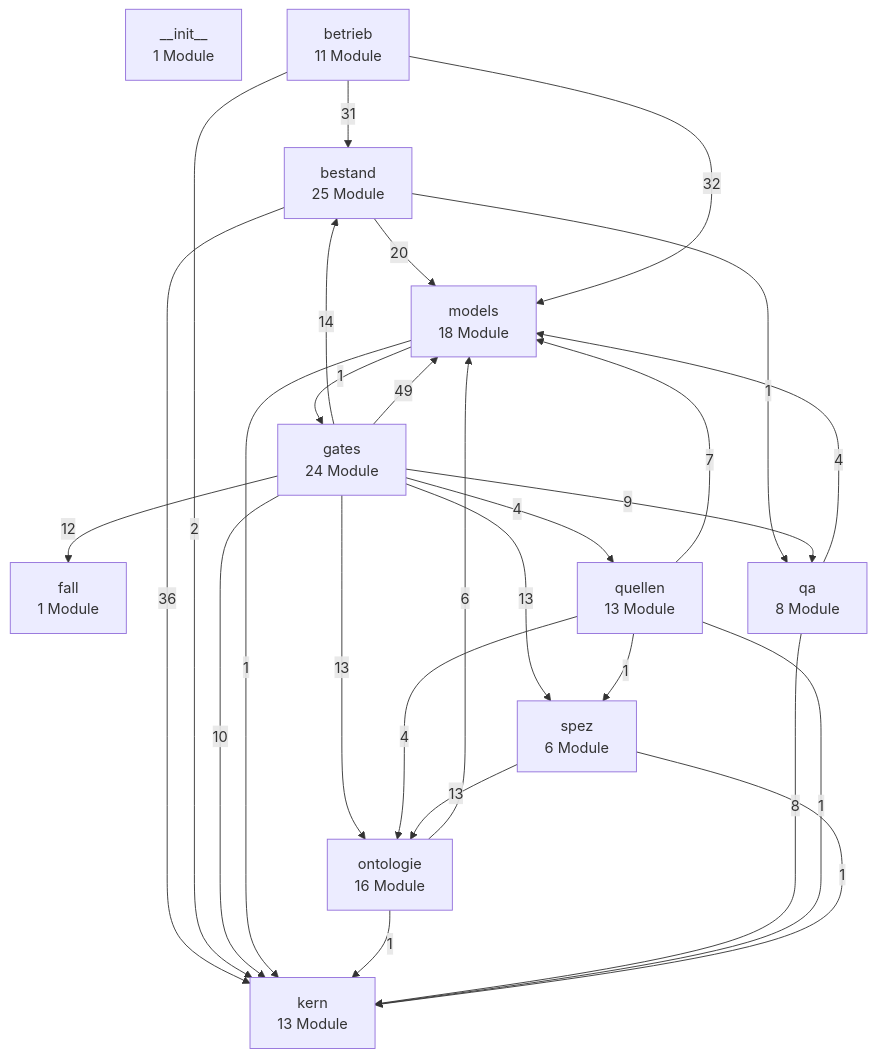
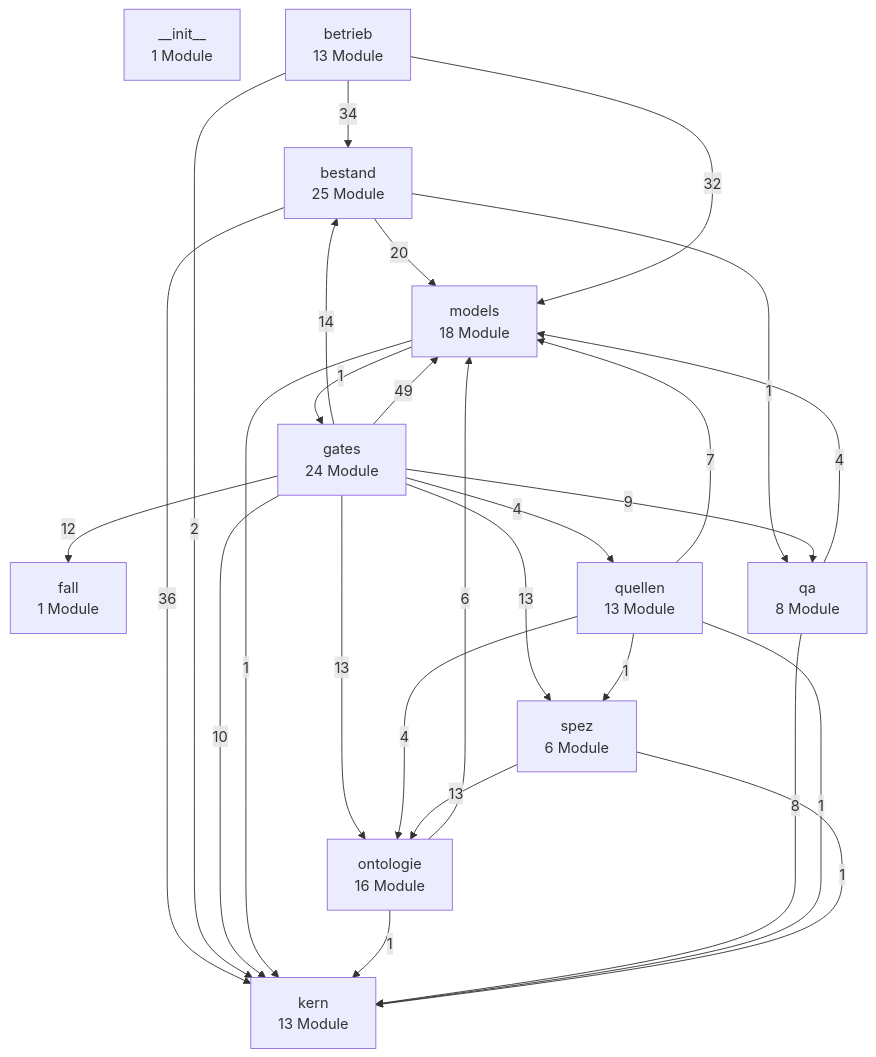
One commit to bartlmac/rechner-pipeline changed the first of 3 diagrams in docs/architektur/landkarte.md. Above: the diagram before and after it, drawn with Mermaid. The commit also changed other lines of this file and 10 other files, not shown here.

````diff
--- a/docs/architektur/landkarte.md
+++ b/docs/architektur/landkarte.md
@@ -31,41 +31,41 @@
 ```mermaid
 %% Schichten — erzeugt von ontologie.landkarte
 flowchart TD
     n__init__["__init__<br/>1 Module"]
     bestand["bestand<br/>25 Module"]
-    betrieb["betrieb<br/>11 Module"]
+    betrieb["betrieb<br/>13 Module"]
     fall["fall<br/>1 Module"]
     gates["gates<br/>24 Module"]
     kern["kern<br/>13 Module"]
     models["models<br/>18 Module"]
     ontologie["ontologie<br/>16 Module"]
     qa["qa<br/>8 Module"]
     quellen["quellen<br/>13 Module"]
     spez["spez<br/>6 Module"]
     bestand -- 36 --> kern
     bestand -- 20 --> models
     bestand -- 1 --> qa
-    betrieb -- 31 --> bestand
+    betrieb -- 34 --> bestand
     betrieb -- 2 --> kern
     betrieb -- 32 --> models
     gates -- 14 --> bestand
     gates -- 12 --> fall
     gates -- 10 --> kern
     gates -- 49 --> models
     gates -- 13 --> ontologie
     gates -- 9 --> qa
     gates -- 4 --> quellen
     gates -- 13 --> spez
     models -- 1 --> gates
     models -- 1 --> kern
     ontologie -- 1 --> kern
     ontologie -- 6 --> models
     qa -- 8 --> kern
     qa -- 4 --> models
     quellen -- 1 --> kern
     quellen -- 7 --> models
     quellen -- 4 --> ontologie
     quellen -- 1 --> spez
     spez -- 1 --> kern
     spez -- 13 --> ontologie
 ```
````
